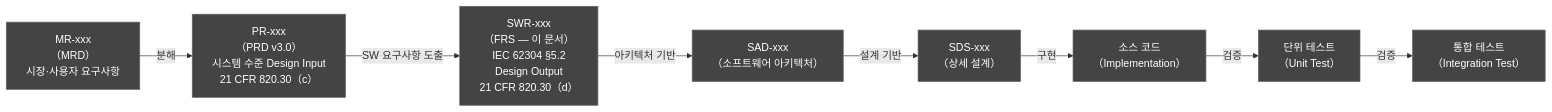
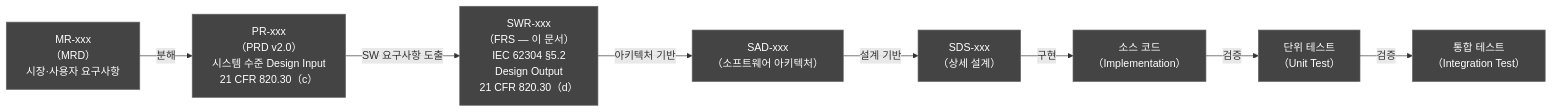
Before and after one commit to holee9/console-gui: the first of 8 diagrams in docs/planning/DOC-004_FRS_v2.0.md, drawn with Mermaid. The commit also changed other lines of this file and 11 other files, not shown here.

````diff
--- a/docs/planning/DOC-004_FRS_v2.0.md
+++ b/docs/planning/DOC-004_FRS_v2.0.md
@@ -71,25 +71,25 @@
 ```mermaid
 flowchart LR
     MR["MR-xxx\n（MRD）\n시장·사용자 요구사항"]
-    PR["PR-xxx\n（PRD v3.0）\n시스템 수준 Design Input\n21 CFR 820.30（c）"]
+    PR["PR-xxx\n（PRD v2.0）\n시스템 수준 Design Input\n21 CFR 820.30（c）"]
     SWR["SWR-xxx\n（FRS — 이 문서）\nIEC 62304 §5.2\nDesign Output\n21 CFR 820.30（d）"]
     SAD["SAD-xxx\n（소프트웨어 아키텍처）"]
     SDS["SDS-xxx\n（상세 설계）"]
     CODE["소스 코드\n（Implementation）"]
     UT["단위 테스트\n（Unit Test）"]
     IT["통합 테스트\n（Integration Test）"]
 
     MR -->|"분해"| PR
     PR -->|"SW 요구사항 도출"| SWR
     SWR -->|"아키텍처 기반"| SAD
     SAD -->|"설계 기반"| SDS
     SDS -->|"구현"| CODE
     CODE -->|"검증"| UT
     UT -->|"검증"| IT
 
     classDef default fill:#444,stroke:#666,color:#fff
     style SWR fill:#444,color:#fff
     style PR fill:#444,color:#fff
     style MR fill:#444,color:#fff
     style CODE fill:#444,color:#fff
 ```
````
